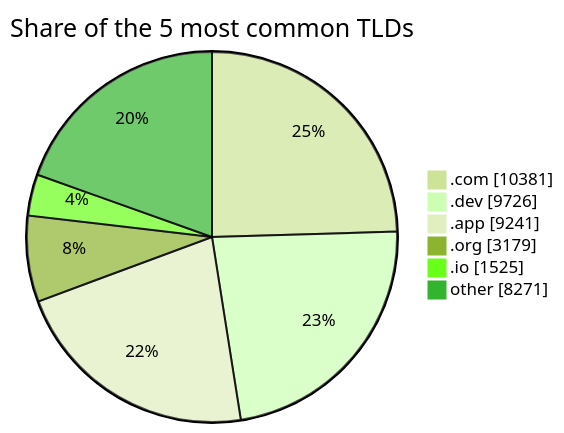
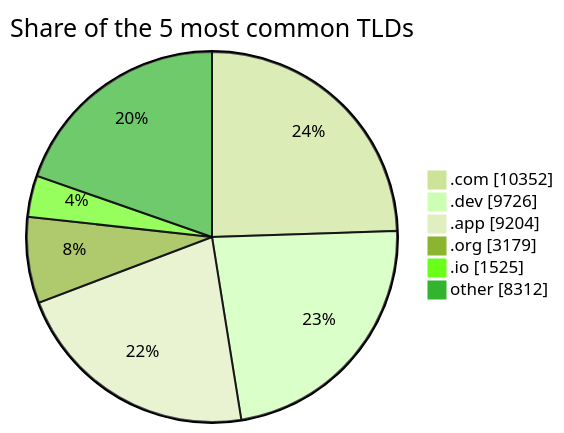
One commit to DNSBunker/CTI changed the third of 3 diagrams in README.md. Above: the diagram before and after it, drawn with Mermaid (forest theme). The commit also changed other lines of this file and 3 other files, not shown here.

````diff
--- a/README.md
+++ b/README.md
@@ -81,9 +81,9 @@
 ```mermaid
 pie showData title Share of the 5 most common TLDs
-    ".com" : 10381
+    ".com" : 10352
     ".dev" : 9726
-    ".app" : 9241
+    ".app" : 9204
     ".org" : 3179
     ".io" : 1525
-    "other" : 8271
+    "other" : 8312
 ```
````
